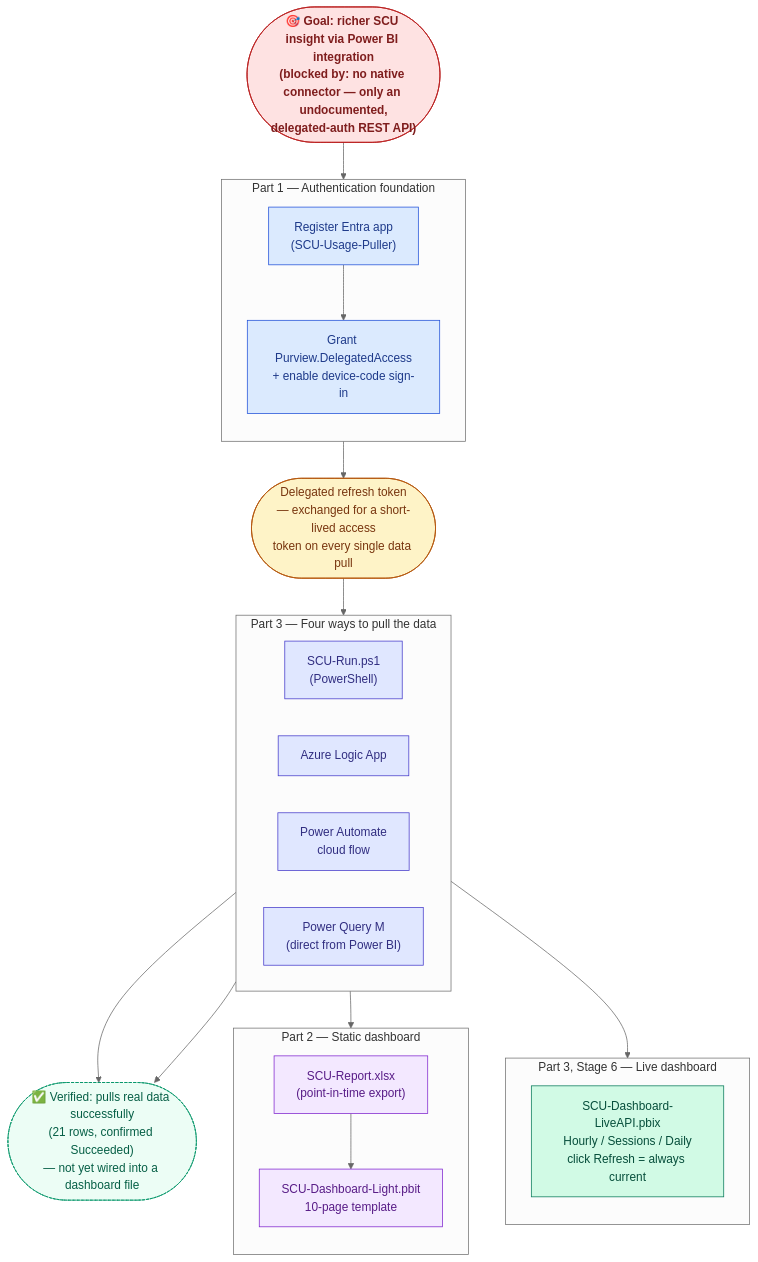
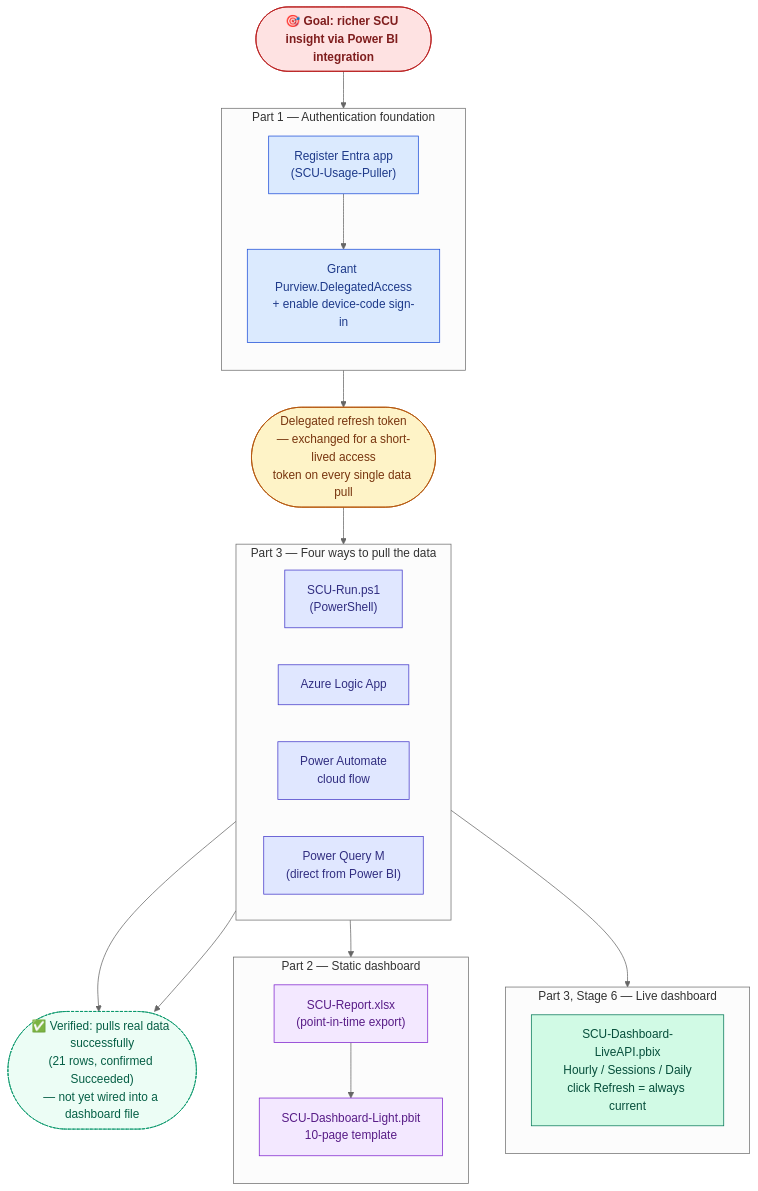
One commit to Muatazawad2/SCU-Module-Manual-Deployment changed the diagram in README.md. Above: the diagram before and after it, drawn with Mermaid (neutral theme).

Commit message:
Simplify the diagram's goal node - drop the blocked-by line

````diff
--- a/README.md
+++ b/README.md
@@ -15,56 +15,56 @@
 ```mermaid
 flowchart TD
-    Problem(["🎯 Goal: richer SCU insight via Power BI integration\n(blocked by: no native connector — only an undocumented,\ndelegated-auth REST API)"])
+    Problem(["🎯 Goal: richer SCU insight via Power BI integration"])
 
     Problem --> Auth
 
     subgraph Auth["Part 1 — Authentication foundation"]
         direction TB
         A1["Register Entra app\n(SCU-Usage-Puller)"] --> A2["Grant Purview.DelegatedAccess\n+ enable device-code sign-in"]
     end
 
     Auth --> Token(["Delegated refresh token\n— exchanged for a short-lived access\ntoken on every single data pull"])
 
     Token --> Pull
 
     subgraph Pull["Part 3 — Four ways to pull the data"]
         direction LR
         P1["SCU-Run.ps1\n(PowerShell)"]
         P2["Azure Logic App"]
         P3["Power Automate\ncloud flow"]
         P4["Power Query M\n(direct from Power BI)"]
     end
 
     P1 --> Static
     P2 --> Verified
     P3 --> Verified
     P4 --> Live
 
     Verified(["✅ Verified: pulls real data successfully\n(21 rows, confirmed Succeeded)\n— not yet wired into a dashboard file"])
 
     subgraph Static["Part 2 — Static dashboard"]
         direction TB
         S1["SCU-Report.xlsx\n(point-in-time export)"] --> S2["SCU-Dashboard-Light.pbit\n10-page template"]
     end
 
     subgraph Live["Part 3, Stage 6 — Live dashboard"]
         direction TB
         L1["SCU-Dashboard-LiveAPI.pbix\nHourly / Sessions / Daily\nclick Refresh = always current"]
     end
 
     classDef problem fill:#FEE2E2,stroke:#B91C1C,color:#7F1D1D,font-weight:bold
     classDef part1 fill:#DBEAFE,stroke:#1D4ED8,color:#1E3A8A
     classDef token fill:#FEF3C7,stroke:#B45309,color:#78350F
     classDef pull fill:#E0E7FF,stroke:#4338CA,color:#312E81
     classDef static fill:#F3E8FF,stroke:#7E22CE,color:#581C87
     classDef live fill:#D1FAE5,stroke:#047857,color:#064E3B
     classDef verified fill:#ECFDF5,stroke:#059669,color:#065F46,stroke-dasharray: 4 2
 
     class Problem problem
     class A1,A2 part1
     class Token token
     class P1,P2,P3,P4 pull
     class Verified verified
     class S1,S2 static
     class L1 live
 ```
````
